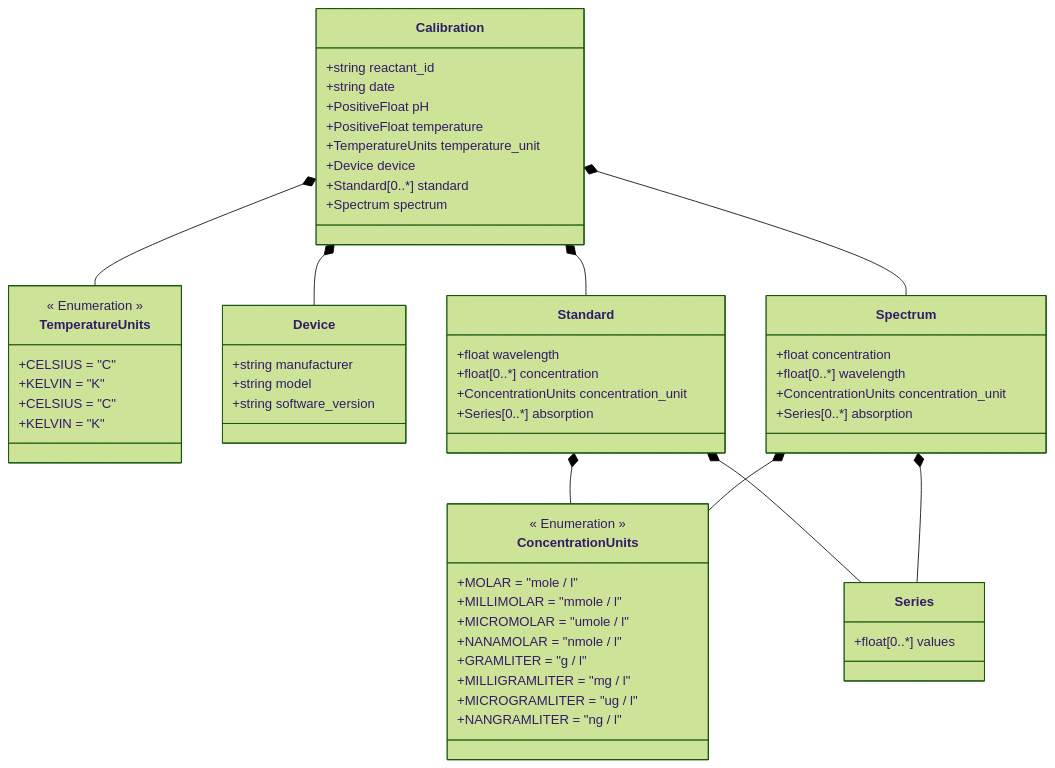
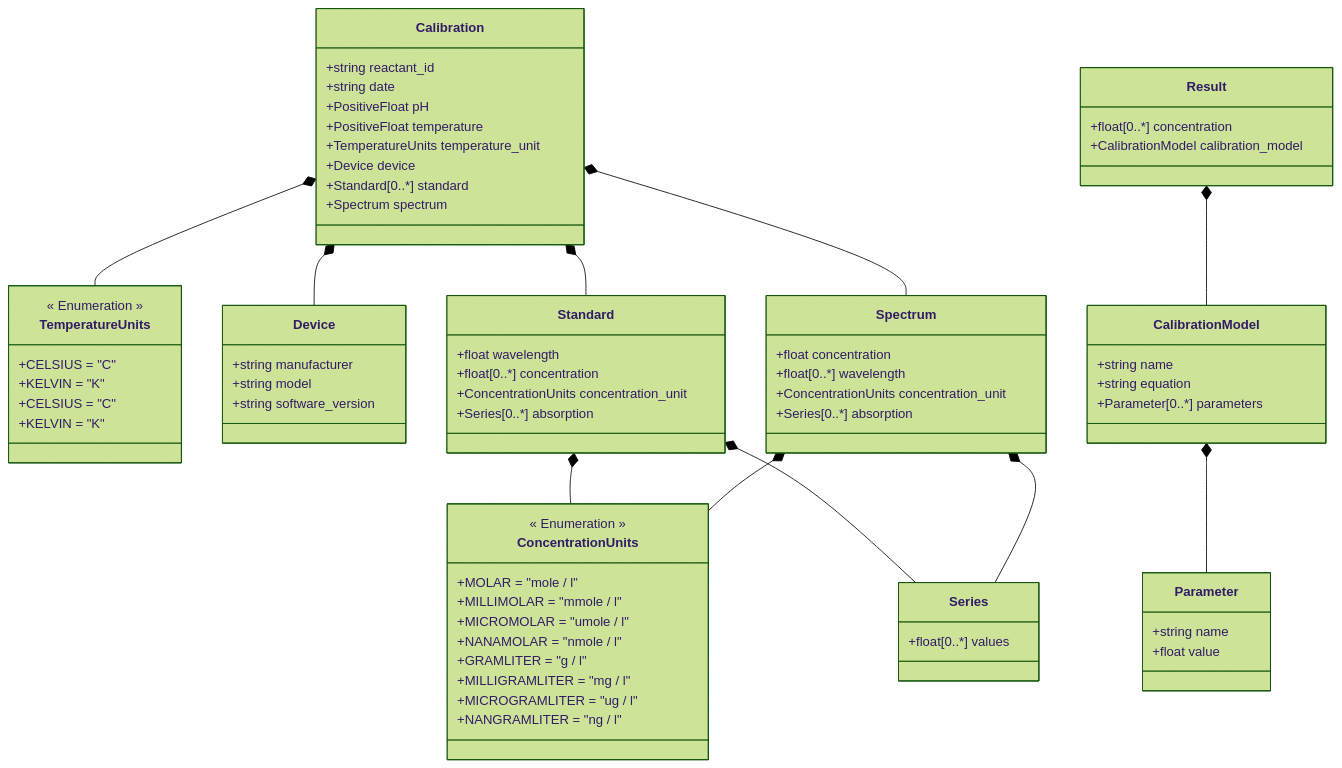
One commit to FAIRChemistry/datamodel_calibration changed the diagram in CaliPytion/schemes/CaliPytion.md. Above: the diagram before and after it, drawn with Mermaid (forest theme). The commit also changed 9 other files, not shown here.

```diff
--- a/CaliPytion/schemes/CaliPytion.md
+++ b/CaliPytion/schemes/CaliPytion.md
@@ -8,6 +8,8 @@
     Standard *-- Series
     Spectrum *-- ConcentrationUnits
     Spectrum *-- Series
+    Result *-- CalibrationModel
+    CalibrationModel *-- Parameter
     
     class Calibration {
         +string reactant_id
@@ -40,6 +42,22 @@
         +Series[0..*] absorption
     }
     
+    class Result {
+        +float[0..*] concentration
+        +CalibrationModel calibration_model
+    }
+    
+    class CalibrationModel {
+        +string name
+        +string equation
+        +Parameter[0..*] parameters
+    }
+    
+    class Parameter {
+        +string name
+        +float value
+    }
+    
     class Series {
         +float[0..*] values
     }
```
